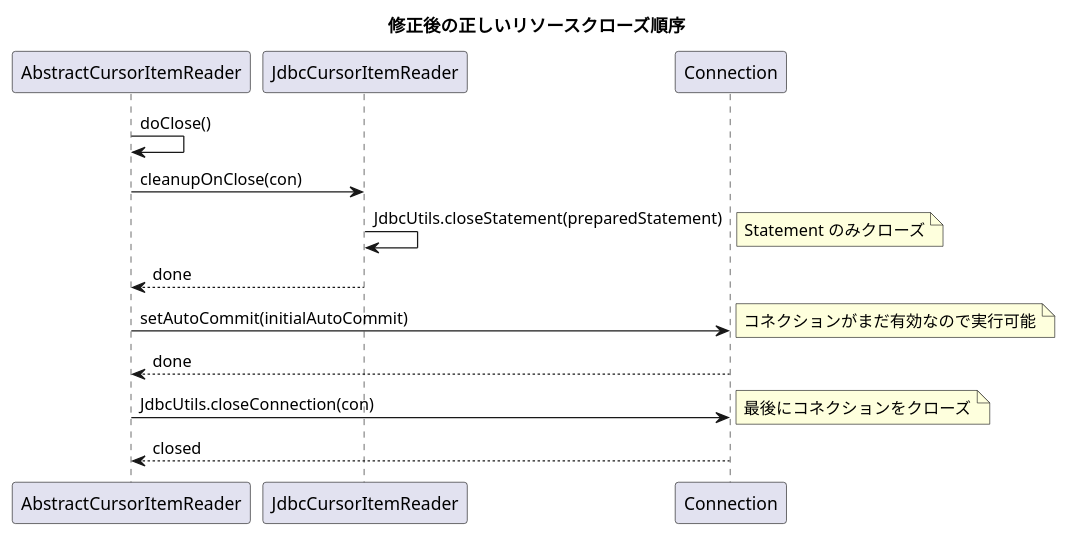
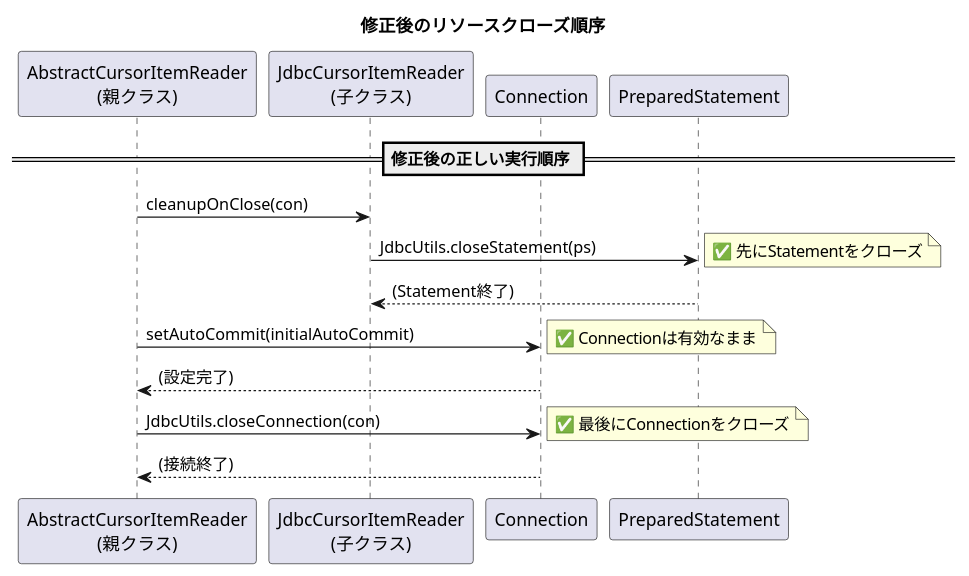
Before and after one commit to mochimoching/github_issue_translate: the second of 2 diagrams in output/spring-batch/6.0.2/all/current/markdown/issues_summary/issue_5109.md, drawn with PlantUML. The commit also changed other lines of this file and 76 other files, not shown here.

````diff
--- a/output/spring-batch/6.0.2/all/current/markdown/issues_summary/issue_5109.md
+++ b/output/spring-batch/6.0.2/all/current/markdown/issues_summary/issue_5109.md
@@ -103,24 +96,26 @@
 ```plantuml
 @startuml
-title 修正後の正しいリソースクローズ順序
+title 修正後のリソースクローズ順序
 
-participant "AbstractCursorItemReader" as Parent
-participant "JdbcCursorItemReader" as Child
-participant "Connection" as Conn
+participant "AbstractCursorItemReader\n(親クラス)" as Parent
+participant "JdbcCursorItemReader\n(子クラス)" as Child
+participant "Connection" as Con
+participant "PreparedStatement" as PS
 
-Parent -> Parent: doClose()
+== 修正後の正しい実行順序 ==
+
 Parent -> Child: cleanupOnClose(con)
-Child -> Child: JdbcUtils.closeStatement(preparedStatement)
-note right: Statement のみクローズ
-Child --> Parent: done
+Child -> PS: JdbcUtils.closeStatement(ps)
+note right: ✅ 先にStatementをクローズ
+PS --> Child: (Statement終了)
 
-Parent -> Conn: setAutoCommit(initialAutoCommit)
-note right: コネクションがまだ有効なので実行可能
-Conn --> Parent: done
+Parent -> Con: setAutoCommit(initialAutoCommit)
+note right: ✅ Connectionは有効なまま
+Con --> Parent: (設定完了)
 
-Parent -> Conn: JdbcUtils.closeConnection(con)
-note right: 最後にコネクションをクローズ
-Conn --> Parent: closed
+Parent -> Con: JdbcUtils.closeConnection(con)
+note right: ✅ 最後にConnectionをクローズ
+Con --> Parent: (接続終了)
 
 @enduml
 ```
````
